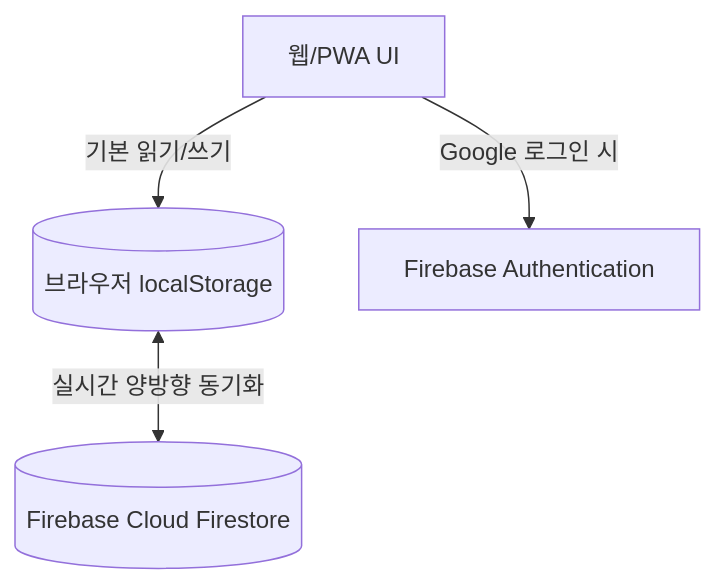
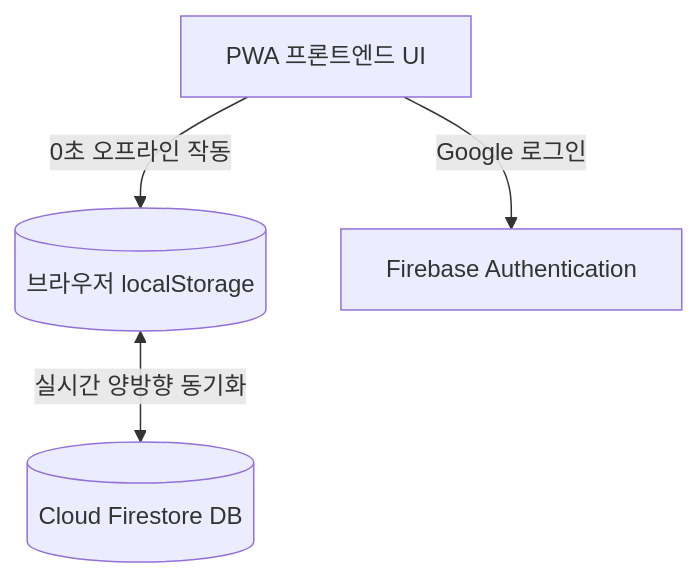
Before and after one commit to JaeHyeon-Jo/JaeHyeon-Jo.github.io: the second of 2 diagrams in content/개발/D-Plus-Day-기록-트래커-개발기.md, drawn with Mermaid. The commit also changed other lines of this file and 4 other files, not shown here.

Commit message:
style: 블로그 전반 텍스트 50% 단축 및 그림/다이어그램/표 중심(Visual-First) 레이아웃으로 개편

````diff
--- a/content/개발/D-Plus-Day-기록-트래커-개발기.md
+++ b/content/개발/D-Plus-Day-기록-트래커-개발기.md
@@ -60,6 +62,6 @@
 ```mermaid
 graph TD
-    A[웹/PWA UI] -->|기본 읽기/쓰기| B[(브라우저 localStorage)]
-    A -->|Google 로그인 시| C[Firebase Authentication]
-    B <-->|실시간 양방향 동기화| D[(Firebase Cloud Firestore)]
+    A[PWA 프론트엔드 UI] -->|0초 오프라인 작동| B[(브라우저 localStorage)]
+    A -->|Google 로그인| C[Firebase Authentication]
+    B <-->|실시간 양방향 동기화| D[(Cloud Firestore DB)]
 ```
````
